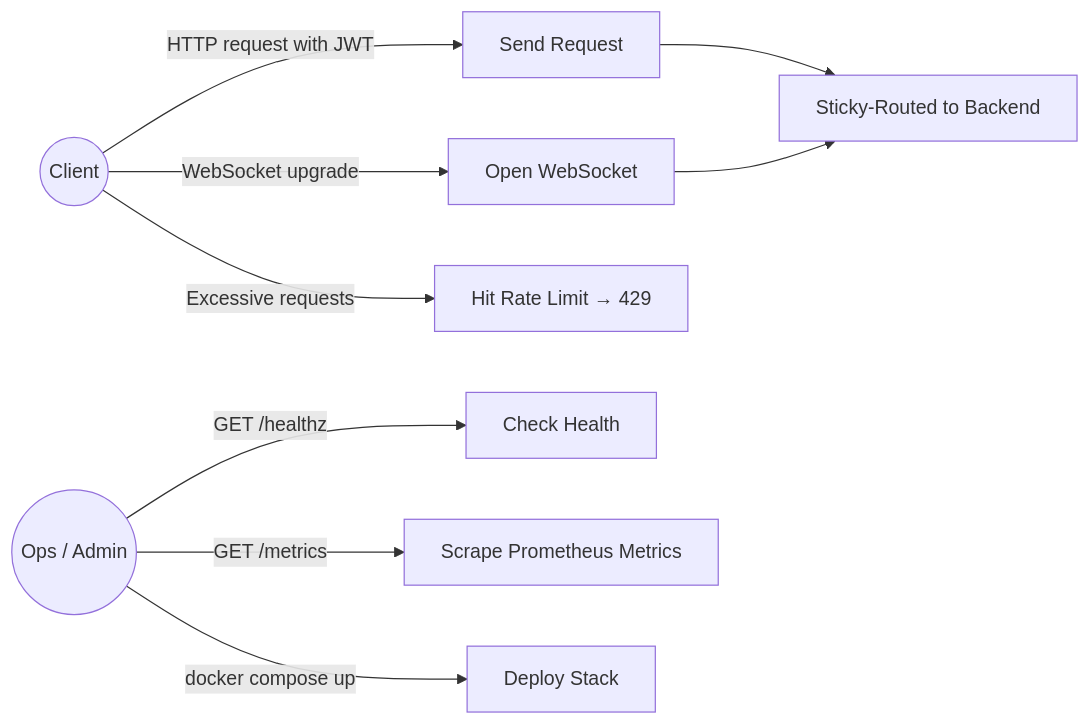
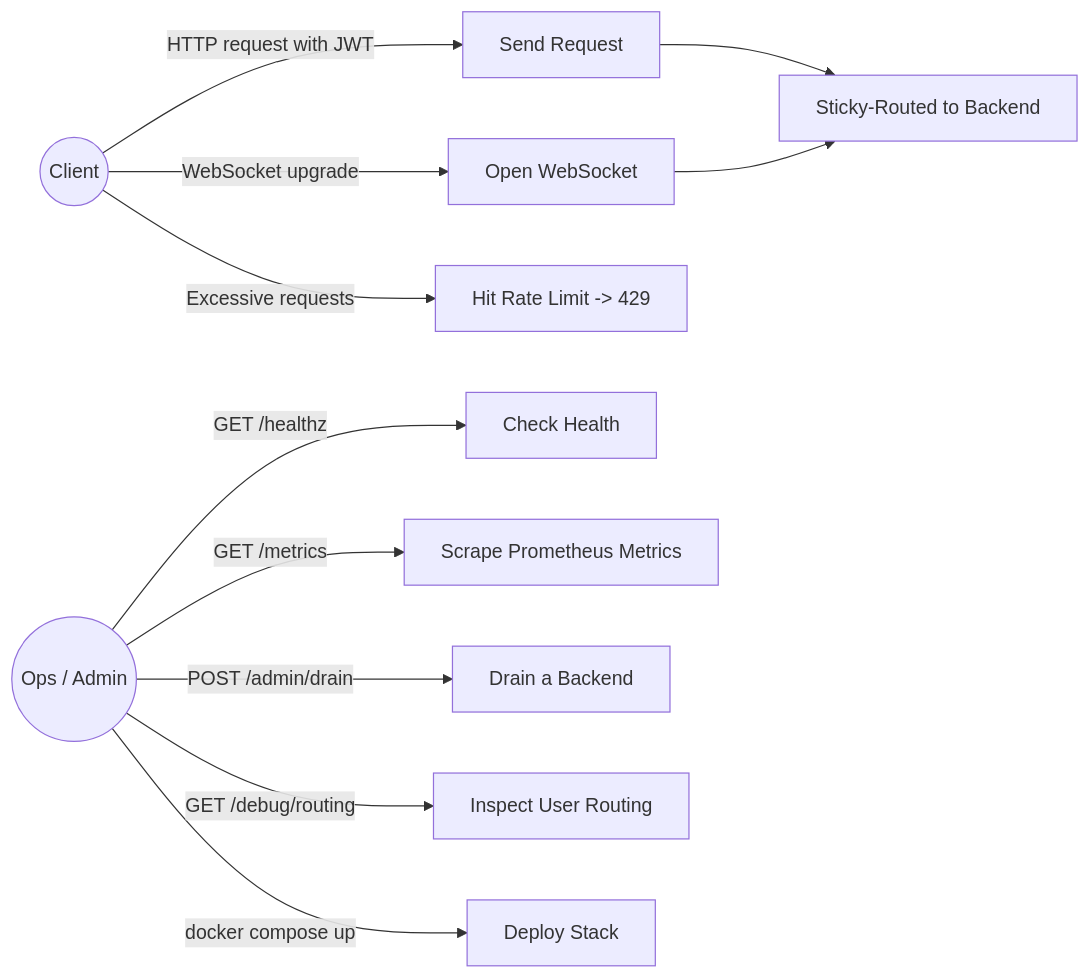
The first of 10 diagrams in README.md (awesome-net-dev/sticky-proxy), drawn with Mermaid before and after one commit. The commit also changed other lines of this file, not shown here.

````diff
--- a/README.md
+++ b/README.md
@@ -18,16 +24,18 @@
 ```mermaid
 graph LR
     Client((Client))
     Ops((Ops / Admin))
 
     Client -->|HTTP request with JWT| SendRequest[Send Request]
     Client -->|WebSocket upgrade| OpenWS[Open WebSocket]
-    Client -->|Excessive requests| HitRateLimit[Hit Rate Limit → 429]
+    Client -->|Excessive requests| HitRateLimit[Hit Rate Limit -> 429]
 
     Ops -->|GET /healthz| CheckHealth[Check Health]
     Ops -->|GET /metrics| ScrapeMetrics[Scrape Prometheus Metrics]
+    Ops -->|POST /admin/drain| DrainBackend[Drain a Backend]
+    Ops -->|GET /debug/routing| InspectRouting[Inspect User Routing]
     Ops -->|docker compose up| Deploy[Deploy Stack]
 
     SendRequest --> StickyRoute[Sticky-Routed to Backend]
     OpenWS --> StickyRoute
 ```
````
